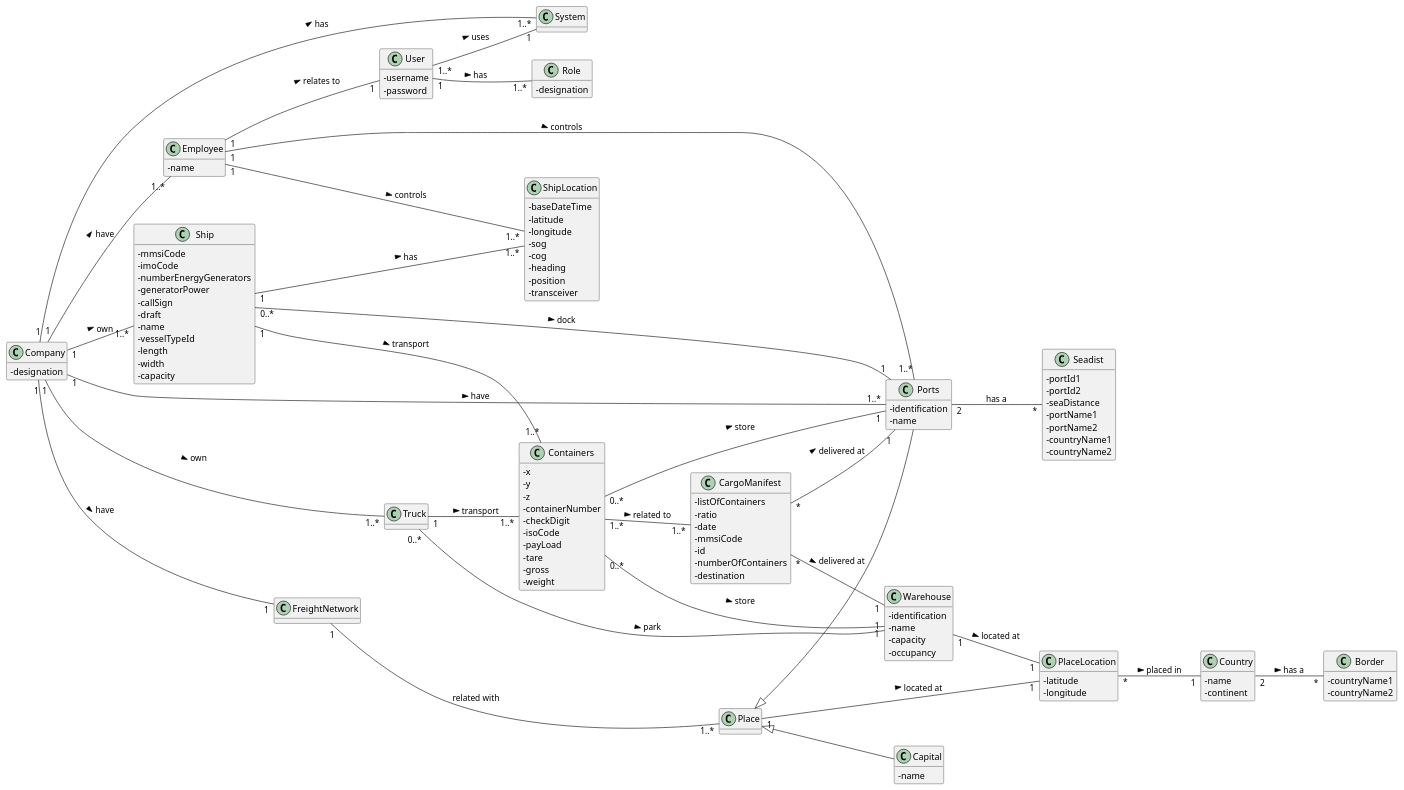
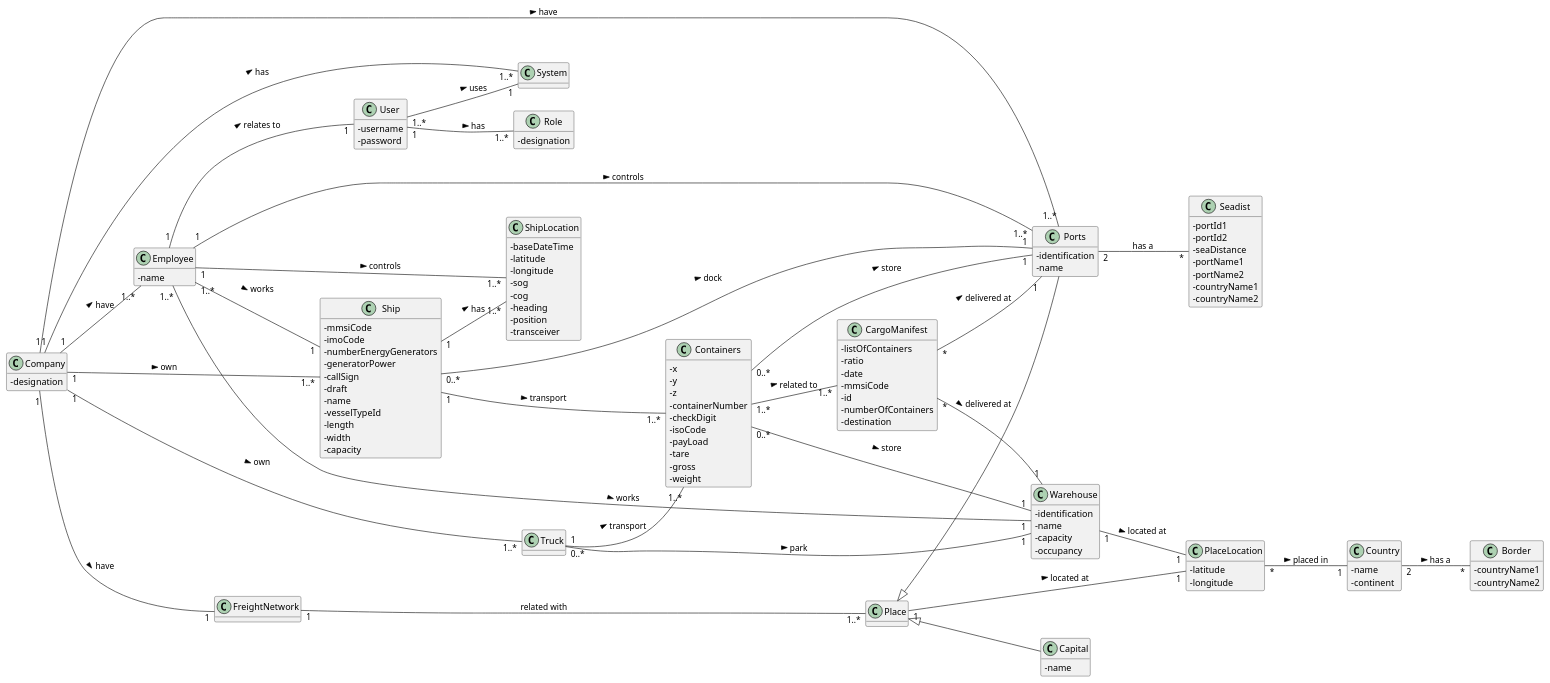
Before and after one commit to 0franciscor/lapr3-2021-g042: the diagram in docs/DM.puml, drawn with PlantUML. The commit also changed 6 other files, not shown here.

```diff
--- a/docs/DM.puml
+++ b/docs/DM.puml
@@ -1,170 +1,172 @@
 @startuml
 'https://plantuml.com/class-diagram
 
 hide methods
 left to right direction
 skinparam classAttributeIconSize 0
 
 class Company {
 -designation
 }
 
 class Employee {
 -name
 }
 
 class Containers {
 -x
 -y
 -z
 -containerNumber
 -checkDigit
 -isoCode
 -payLoad
 -tare
 -gross
 -weight
 }
 
 class CargoManifest {
 -listOfContainers
 -ratio
 -date
 -mmsiCode
 -id
 -numberOfContainers
 -destination
 }
 
 class Ship {
 -mmsiCode
 -imoCode
 -numberEnergyGenerators
 -generatorPower
 -callSign
 -draft
 -name
 -vesselTypeId
 -length
 -width
 -capacity
 }
 
 
 
 class Ports {
 -identification
 -name
 }
 
 class Truck {
 
 }
 
 class Warehouse {
 -identification
 -name
 -capacity
 -occupancy
 }
 
 class Country {
 -name
 -continent
 }
 
 class PlaceLocation {
 -latitude
 -longitude
 }
 
 class ShipLocation {
 -baseDateTime
 -latitude
 -longitude
 -sog
 -cog
 -heading
 -position
 -transceiver
 }
 
 class User{
 -username
 -password
 }
 
 class Role{
 -designation
 }
 
 class Capital{
 -name
 }
 
 class Place {
 
 }
 
 class Border {
 -countryName1
 -countryName2
 }
 
 class FreightNetwork {
 }
 
 class Seadist {
 -portId1
 -portId2
 -seaDistance
 -portName1
 -portName2
 -countryName1
 -countryName2
 }
 
 CargoManifest "*" -- "1" Ports : delivered at >
 CargoManifest "*" -- "1" Warehouse : delivered at >
 
 Company "1"--"1..*" Ship: own >
 Company "1" - "1..*" System : has >
 Company "1"--"1..*" Employee: have >
 Company "1"--"1..*" Truck: own >
 Company "1"--"1..*" Ports: have >
 Company "1"--"1" FreightNetwork: have >
 
 Containers "1..*"--"1..*" CargoManifest: related to >
 Containers "0..*"--"1" Ports: store >
 Containers "0..*"--"1" Warehouse: store >
 
 Country "2" -- "*" Border : has a >
 
 Place <|-- Ports
 Place <|-- Capital
 
 PlaceLocation "*" -- "1" Country : placed in >
 
 Place "1" -- "1" PlaceLocation : located at >
 
 Ship "1"---"1..*" Containers : transport >
 Ship "0..*"--"1" Ports: dock >
 Ship "1" -- "1..*" ShipLocation : has >
 
 Employee "1" --- "1..*" ShipLocation : controls >
 Employee "1" -- "1" User : relates to >
 Employee "1" --- "1..*" Ports : controls >
+Employee "1..*" ------ "1" Warehouse : works >
+Employee "1..*" -- "1" Ship : works >
 
 Truck "1"--"1..*" Containers : transport >
 Truck "0..*"--"1" Warehouse: park >
 
 User "1..*" -- "1" System : uses >
 User "1" -- "1..*" Role : has >
 
 Warehouse "1" -- "1" PlaceLocation : located at >
 FreightNetwork "1" -- "1..*" Place : related with
 
 Ports "2"--"*" Seadist: has a
 
 
 @enduml
```
